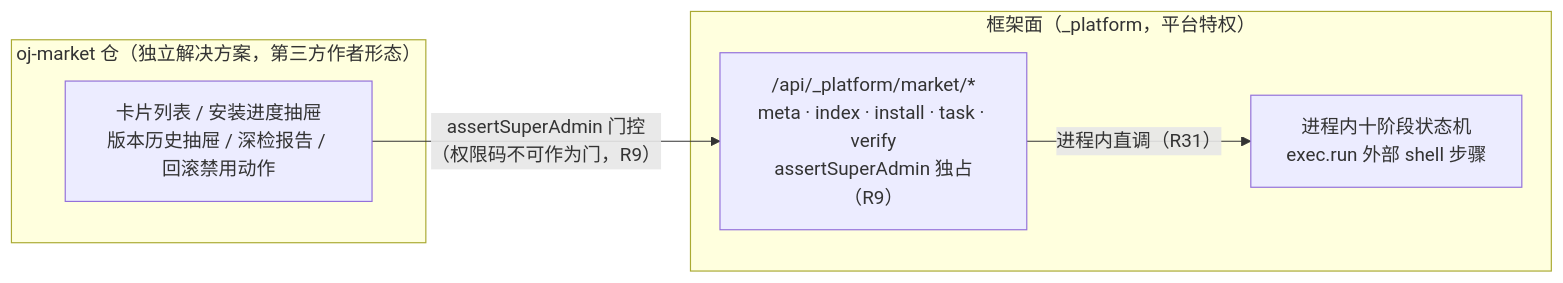
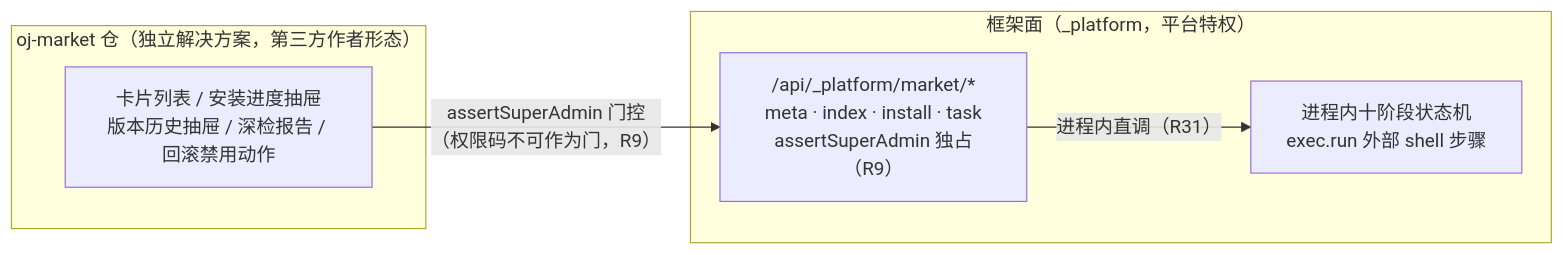
Before and after one commit to everpan/oj-module: the second of 2 diagrams in docs/prd/solution/202610171138-solution-lifecycle-implementation-design.md, drawn with Mermaid. The commit also changed other lines of this file and 3 other files, not shown here.

````diff
--- a/docs/prd/solution/202610171138-solution-lifecycle-implementation-design.md
+++ b/docs/prd/solution/202610171138-solution-lifecycle-implementation-design.md
@@ -144,12 +144,12 @@
 ```mermaid
 flowchart LR
     subgraph SOL["oj-market 仓（独立解决方案，第三方作者形态）"]
         UI[卡片列表 / 安装进度抽屉<br/>版本历史抽屉 / 深检报告 / 回滚禁用动作]
     end
     subgraph FW["框架面（_platform，平台特权）"]
-        API["/api/_platform/market/*<br/>meta · index · install · task · verify<br/>assertSuperAdmin 独占（R9）"]
+        API["/api/_platform/market/*<br/>meta · index · install · task<br/>assertSuperAdmin 独占（R9）"]
         N["进程内十阶段状态机<br/>exec.run 外部 shell 步骤"]
     end
     UI -->|"assertSuperAdmin 门控<br/>（权限码不可作为门，R9）"| API
     API -->|"进程内直调（R31）"| N
 ```
````
